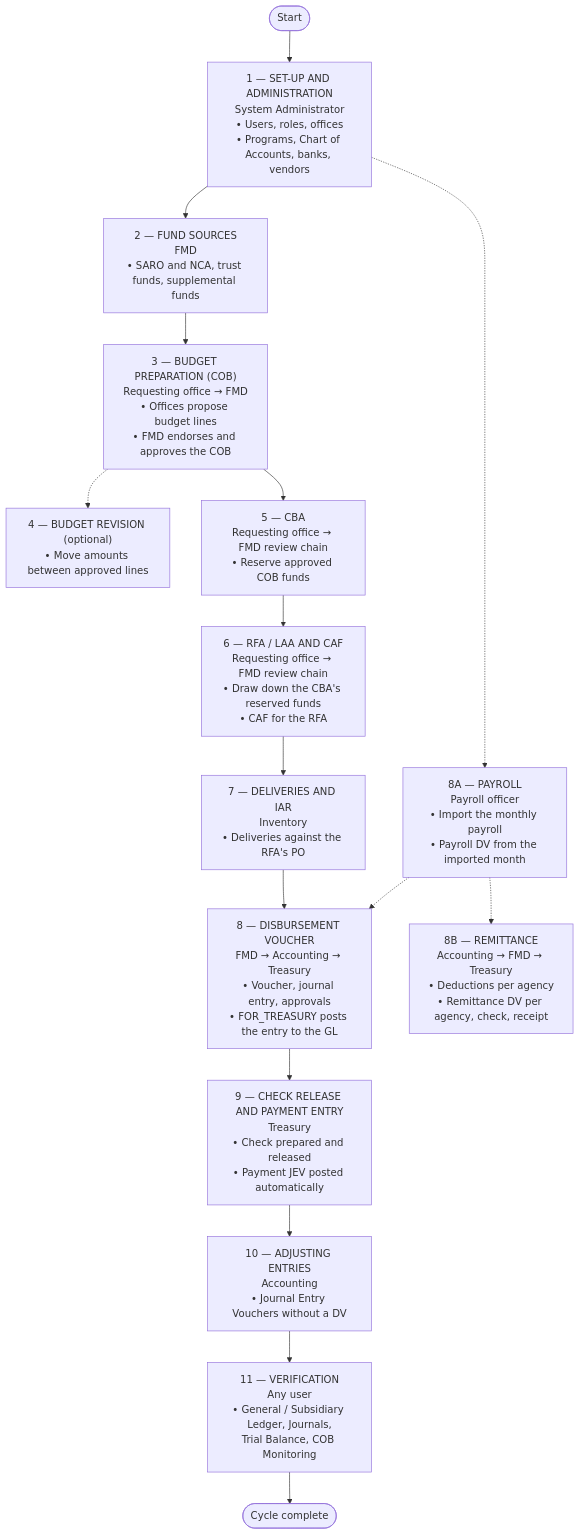
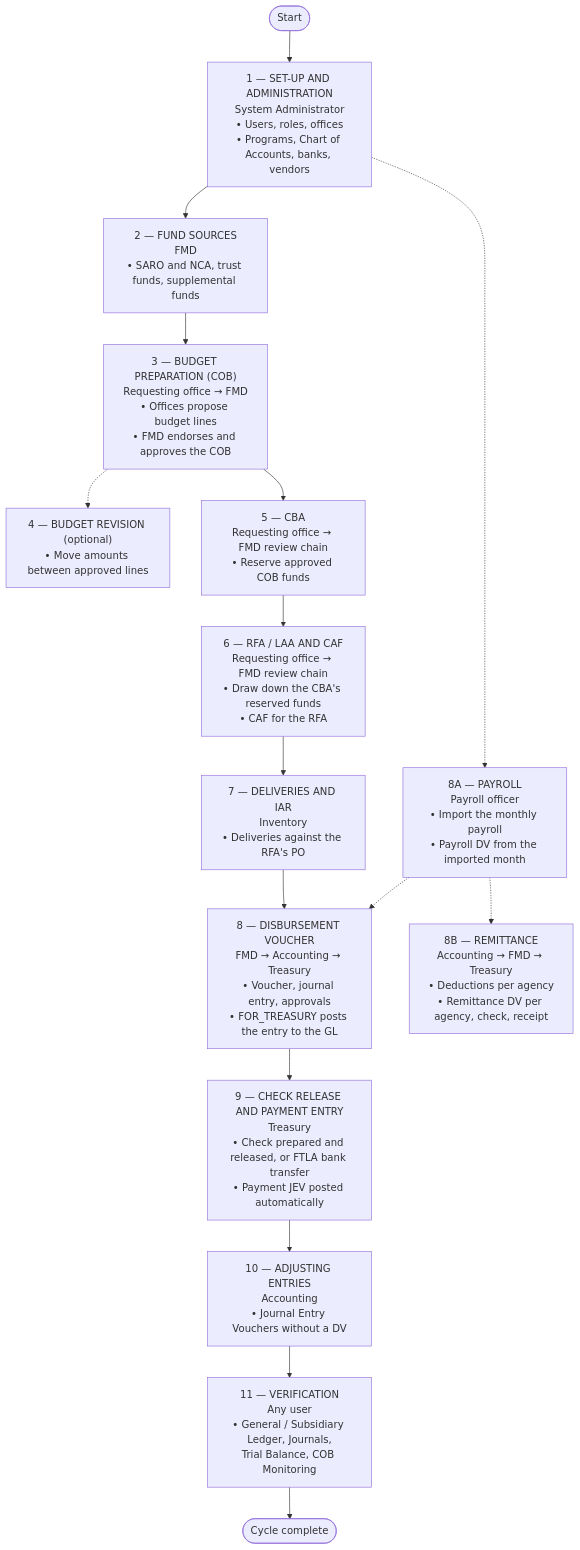
The first of 14 diagrams in system_docs/process-flow/PROCESS-FLOW.md (A-team-ITBS/fims-nha), drawn with Mermaid before and after one commit. The commit also changed other lines of this file and 3 other files, not shown here.

Commit message:
Print: FTLA payment JEV prints ADADJ; docs: FTLA release, Collections JEV, GL roll-up

````diff
--- a/system_docs/process-flow/PROCESS-FLOW.md
+++ b/system_docs/process-flow/PROCESS-FLOW.md
@@ -72,18 +72,18 @@
 ```mermaid
 flowchart TD
     START(["Start"]) --> A["1 — SET-UP AND ADMINISTRATION<br/>System Administrator<br/>• Users, roles, offices<br/>• Programs, Chart of Accounts, banks, vendors"]
     A --> FS["2 — FUND SOURCES<br/>FMD<br/>• SARO and NCA, trust funds, supplemental funds"]
     FS --> B["3 — BUDGET PREPARATION (COB)<br/>Requesting office → FMD<br/>• Offices propose budget lines<br/>• FMD endorses and approves the COB"]
     B -.-> REV["4 — BUDGET REVISION (optional)<br/>• Move amounts between approved lines"]
     B --> C["5 — CBA<br/>Requesting office → FMD review chain<br/>• Reserve approved COB funds"]
     C --> D["6 — RFA / LAA AND CAF<br/>Requesting office → FMD review chain<br/>• Draw down the CBA's reserved funds<br/>• CAF for the RFA"]
     D --> IAR["7 — DELIVERIES AND IAR<br/>Inventory<br/>• Deliveries against the RFA's PO"]
     A -.-> PR["8A — PAYROLL<br/>Payroll officer<br/>• Import the monthly payroll<br/>• Payroll DV from the imported month"]
     PR -.-> E
     PR -.-> RM["8B — REMITTANCE<br/>Accounting → FMD → Treasury<br/>• Deductions per agency<br/>• Remittance DV per agency, check, receipt"]
     IAR --> E["8 — DISBURSEMENT VOUCHER<br/>FMD → Accounting → Treasury<br/>• Voucher, journal entry, approvals<br/>• FOR_TREASURY posts the entry to the GL"]
-    E --> F["9 — CHECK RELEASE AND PAYMENT ENTRY<br/>Treasury<br/>• Check prepared and released<br/>• Payment JEV posted automatically"]
+    E --> F["9 — CHECK RELEASE AND PAYMENT ENTRY<br/>Treasury<br/>• Check prepared and released, or FTLA bank transfer<br/>• Payment JEV posted automatically"]
     F --> J["10 — ADJUSTING ENTRIES<br/>Accounting<br/>• Journal Entry Vouchers without a DV"]
     J --> V["11 — VERIFICATION<br/>Any user<br/>• General / Subsidiary Ledger, Journals,<br/>Trial Balance, COB Monitoring"]
     V --> END(["Cycle complete"])
 ```
````
